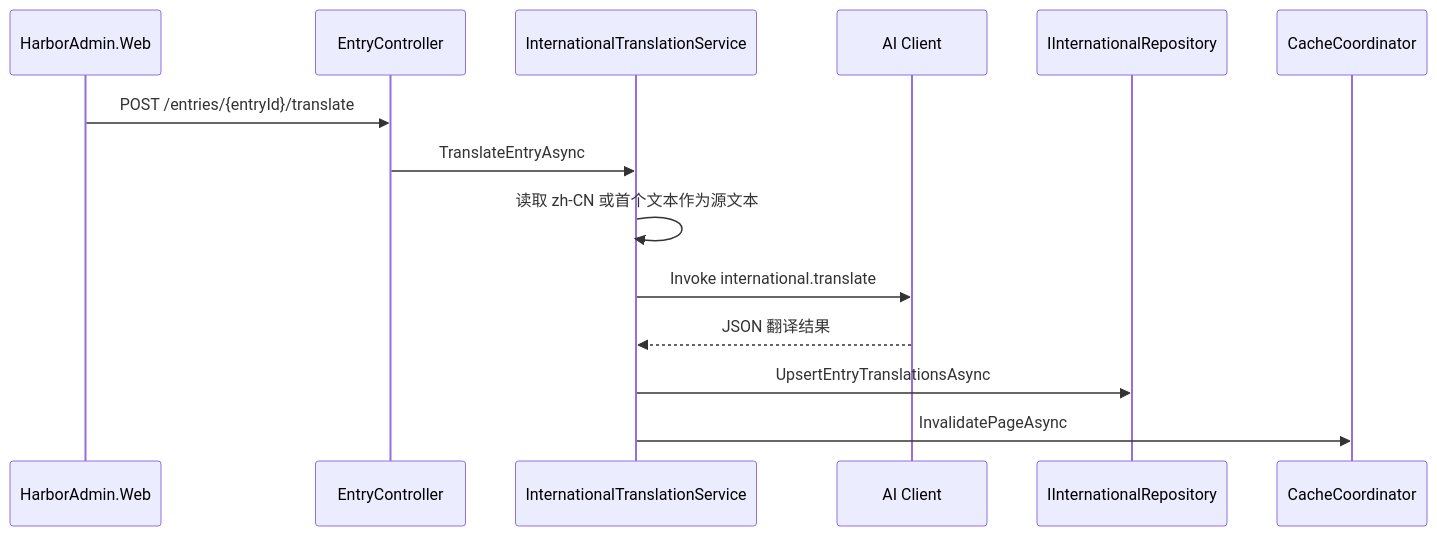
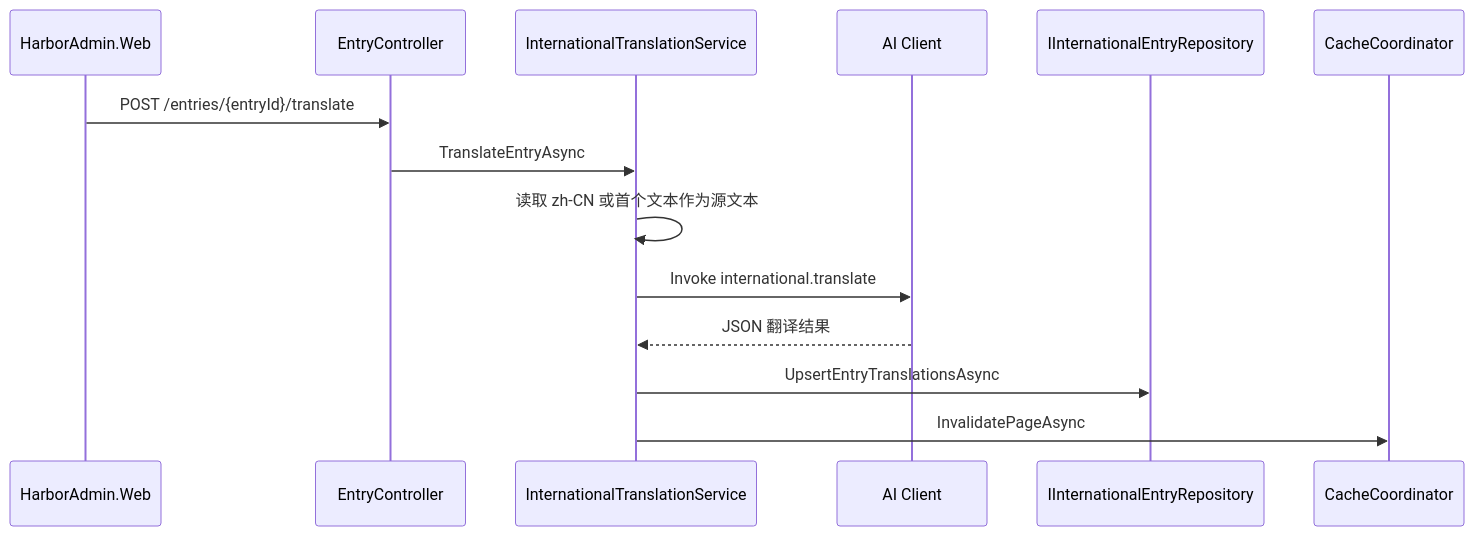
Before and after one commit to NorthHarborLab/HarborAdmin: the diagram in modules/HarborAdmin.Modules.International/README.md, drawn with Mermaid. The commit also changed other lines of this file and 15 other files, not shown here.

````diff
--- a/modules/HarborAdmin.Modules.International/README.md
+++ b/modules/HarborAdmin.Modules.International/README.md
@@ -98,17 +98,17 @@
 ```mermaid
 sequenceDiagram
   participant Web as HarborAdmin.Web
   participant Api as EntryController
   participant Service as InternationalTranslationService
   participant AI as AI Client
-  participant Repo as IInternationalRepository
+  participant Repo as IInternationalEntryRepository
   participant Cache as CacheCoordinator
 
   Web->>Api: POST /entries/{entryId}/translate
   Api->>Service: TranslateEntryAsync
   Service->>Service: 读取 zh-CN 或首个文本作为源文本
   Service->>AI: Invoke international.translate
   AI-->>Service: JSON 翻译结果
   Service->>Repo: UpsertEntryTranslationsAsync
   Service->>Cache: InvalidatePageAsync
 ```
````
